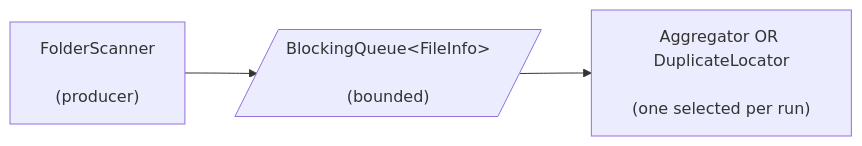
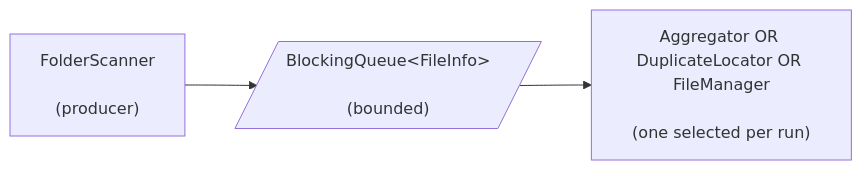
Before and after one commit to erancha/folder-scanner: the diagram in README.md, drawn with Mermaid. The commit also changed other lines of this file and 20 other files, not shown here.

````diff
--- a/README.md
+++ b/README.md
@@ -12,5 +15,5 @@
 ```mermaid
 flowchart LR
     FS["FolderScanner<br/><br/>(producer)"] --> Q[/"BlockingQueue&lt;FileInfo&gt;<br/><br/>(bounded)"/]
-    Q --> C["Aggregator OR DuplicateLocator<br/><br/>(one selected per run)"]
+    Q --> C["Aggregator OR DuplicateLocator OR FileManager<br/><br/>(one selected per run)"]
 ```
````
